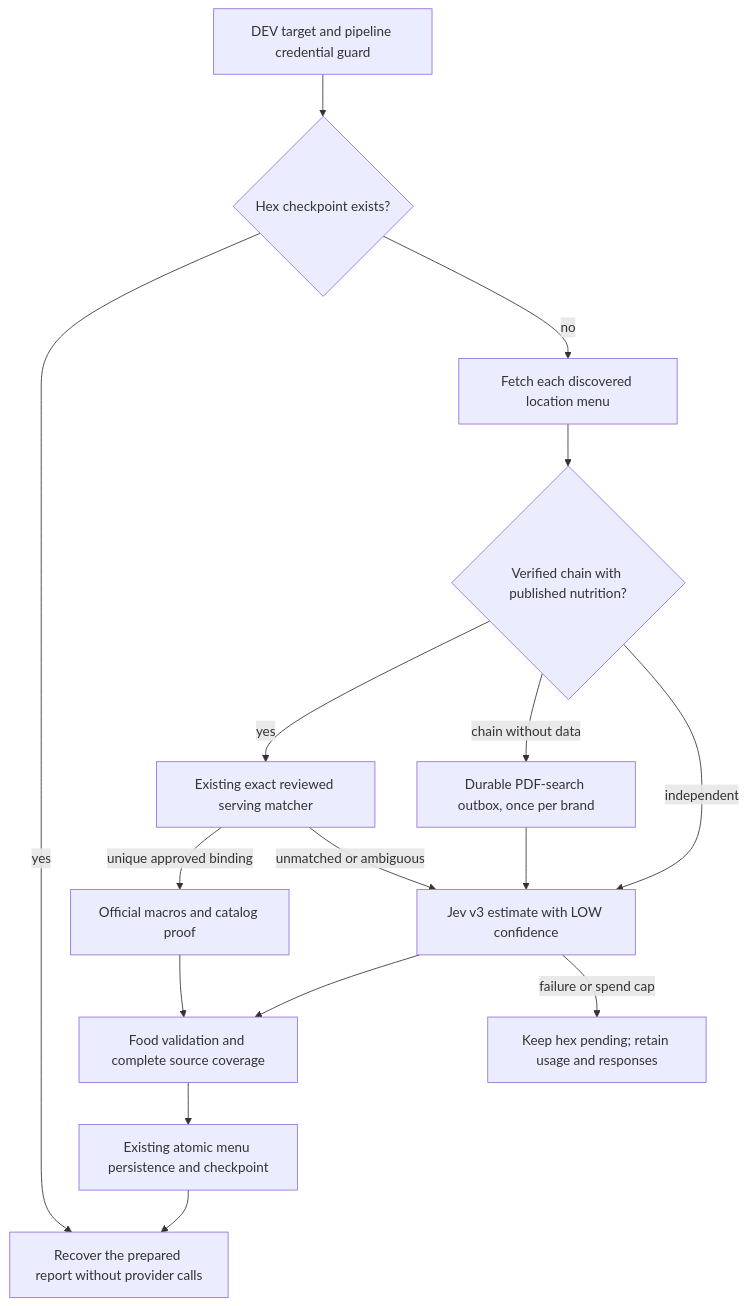
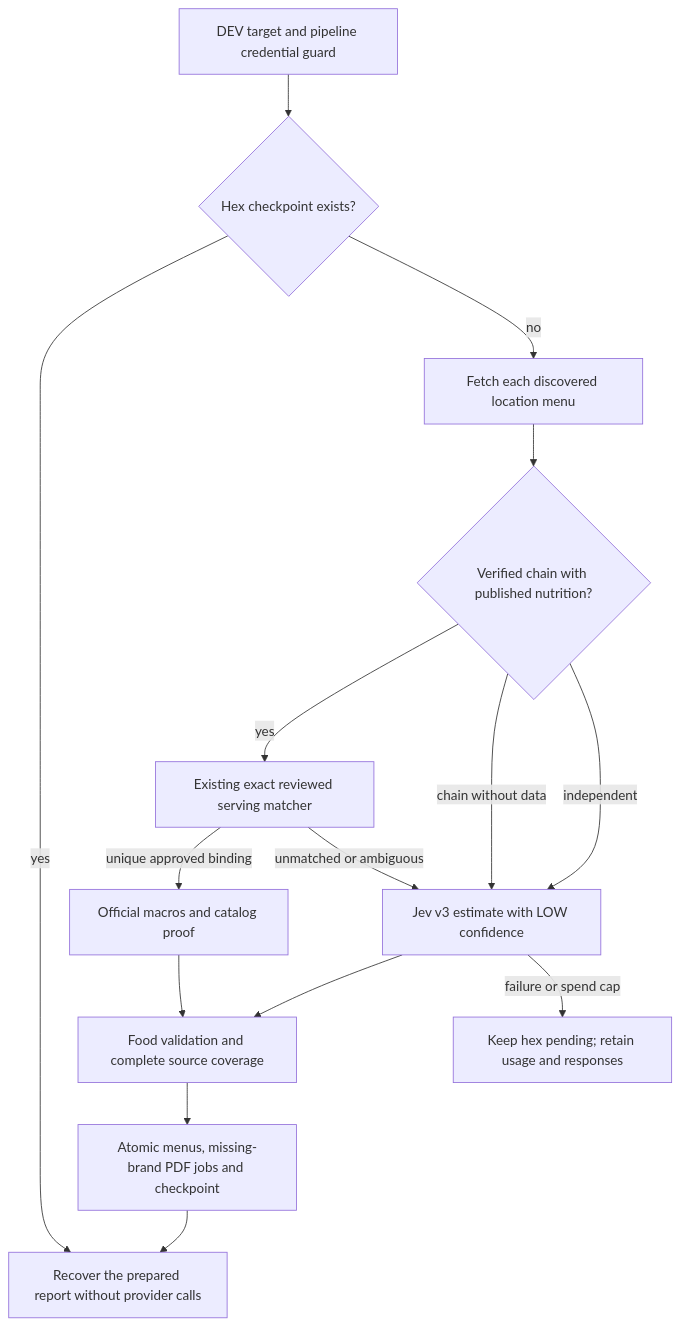
Before and after one commit to dgmolla/fitsy: the diagram in docs/engineering/pipeline/pipeline-v2-dev-poc.md, drawn with Mermaid. The commit also changed other lines of this file and 7 other files, not shown here.

Commit message:
Pipeline v2: roadmap (#600)

````diff
--- a/docs/engineering/pipeline/pipeline-v2-dev-poc.md
+++ b/docs/engineering/pipeline/pipeline-v2-dev-poc.md
@@ -12,18 +12,17 @@
 ```mermaid
 flowchart TD
   Guard[DEV target and pipeline credential guard] --> Resume{Hex checkpoint exists?}
   Resume -->|yes| Report[Recover the prepared report without provider calls]
   Resume -->|no| UE[Fetch each discovered location menu]
   UE --> Brand{Verified chain with published nutrition?}
   Brand -->|yes| Exact[Existing exact reviewed serving matcher]
   Exact -->|unique approved binding| Official[Official macros and catalog proof]
   Exact -->|unmatched or ambiguous| Jev[Jev v3 estimate with LOW confidence]
-  Brand -->|chain without data| Outbox[Durable PDF-search outbox, once per brand]
-  Outbox --> Jev
+  Brand -->|chain without data| Jev
   Brand -->|independent| Jev
   Official --> Validate[Food validation and complete source coverage]
   Jev --> Validate
-  Validate --> Tx[Existing atomic menu persistence and checkpoint]
+  Validate --> Tx[Atomic menus, missing-brand PDF jobs and checkpoint]
   Tx --> Report
   Jev -->|failure or spend cap| Pending[Keep hex pending; retain usage and responses]
 ```
````
